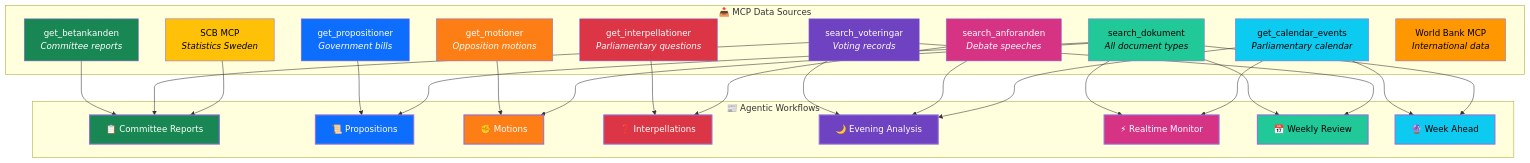
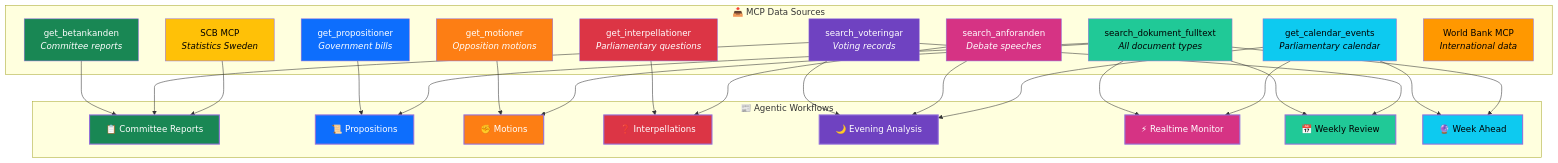
Before and after one commit to Hack23/riksdagsmonitor: diagram 11 of 13 in WORKFLOWS.md, drawn with Mermaid. The commit also changed other lines of this file and 1 other file, not shown here.

Commit message:
Fix review round 2: add canonical ThreatCategory slugs to taxonomy table, align Propositions MCP tools with actual code, update diagram to search_dokument_fulltext
Agent-Logs-Url: https://github.com/Hack23/riksdagsmonitor/sessions/57cf8261-0d98-424d-9003-cebbc55f079a

````diff
--- a/WORKFLOWS.md
+++ b/WORKFLOWS.md
@@ -761,64 +761,64 @@
 ```mermaid
 graph TB
     subgraph "📥 MCP Data Sources"
         BET["get_betankanden<br/><i>Committee reports</i>"]
         PROP["get_propositioner<br/><i>Government bills</i>"]
         MOT["get_motioner<br/><i>Opposition motions</i>"]
         INTERP["get_interpellationer<br/><i>Parliamentary questions</i>"]
         VOTE["search_voteringar<br/><i>Voting records</i>"]
         ANF["search_anforanden<br/><i>Debate speeches</i>"]
-        DOK["search_dokument<br/><i>All document types</i>"]
+        DOK["search_dokument_fulltext<br/><i>All document types</i>"]
         CAL["get_calendar_events<br/><i>Parliamentary calendar</i>"]
         SCB["SCB MCP<br/><i>Statistics Sweden</i>"]
         WB["World Bank MCP<br/><i>International data</i>"]
     end
 
     subgraph "📰 Agentic Workflows"
         WF_CR["📋 Committee Reports"]
         WF_PR["📜 Propositions"]
         WF_MO["✊ Motions"]
         WF_IP["❓ Interpellations"]
         WF_EV["🌙 Evening Analysis"]
         WF_RT["⚡ Realtime Monitor"]
         WF_WR["📅 Weekly Review"]
         WF_WA["🔮 Week Ahead"]
     end
 
     BET --> WF_CR
     VOTE --> WF_CR
     SCB --> WF_CR
     PROP --> WF_PR
     DOK --> WF_PR
     MOT --> WF_MO
     DOK --> WF_MO
     INTERP --> WF_IP
     ANF --> WF_IP
     VOTE --> WF_EV
     ANF --> WF_EV
     CAL --> WF_EV
     DOK --> WF_RT
     CAL --> WF_RT
     DOK --> WF_WR
     VOTE --> WF_WR
     CAL --> WF_WA
     DOK --> WF_WA
 
     style BET fill:#198754,color:#fff
     style PROP fill:#0d6efd,color:#fff
     style MOT fill:#fd7e14,color:#fff
     style INTERP fill:#dc3545,color:#fff
     style VOTE fill:#6f42c1,color:#fff
     style ANF fill:#d63384,color:#fff
     style DOK fill:#20c997,color:#000
     style CAL fill:#0dcaf0,color:#000
     style SCB fill:#ffc107,color:#000
     style WB fill:#ff9800,color:#000
     style WF_CR fill:#198754,color:#fff,stroke-width:2px
     style WF_PR fill:#0d6efd,color:#fff,stroke-width:2px
     style WF_MO fill:#fd7e14,color:#fff,stroke-width:2px
     style WF_IP fill:#dc3545,color:#fff,stroke-width:2px
     style WF_EV fill:#6f42c1,color:#fff,stroke-width:2px
     style WF_RT fill:#d63384,color:#fff,stroke-width:2px
     style WF_WR fill:#20c997,color:#000,stroke-width:2px
     style WF_WA fill:#0dcaf0,color:#000,stroke-width:2px
 ```
````
